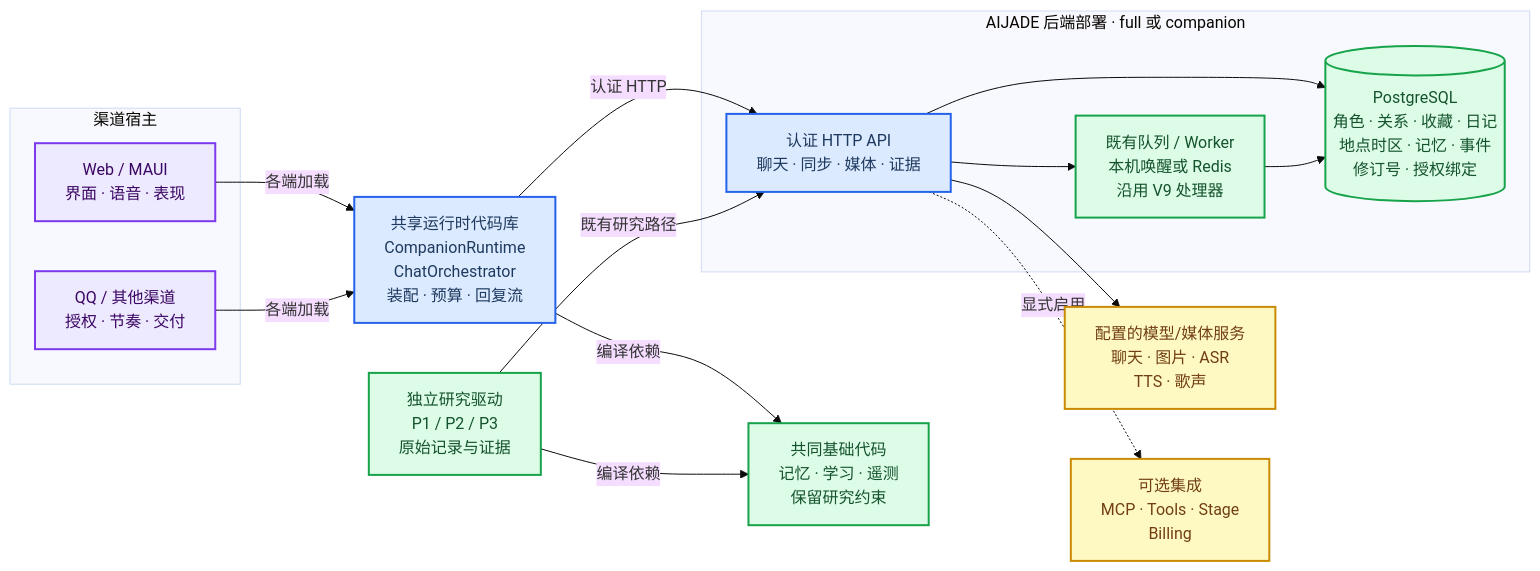
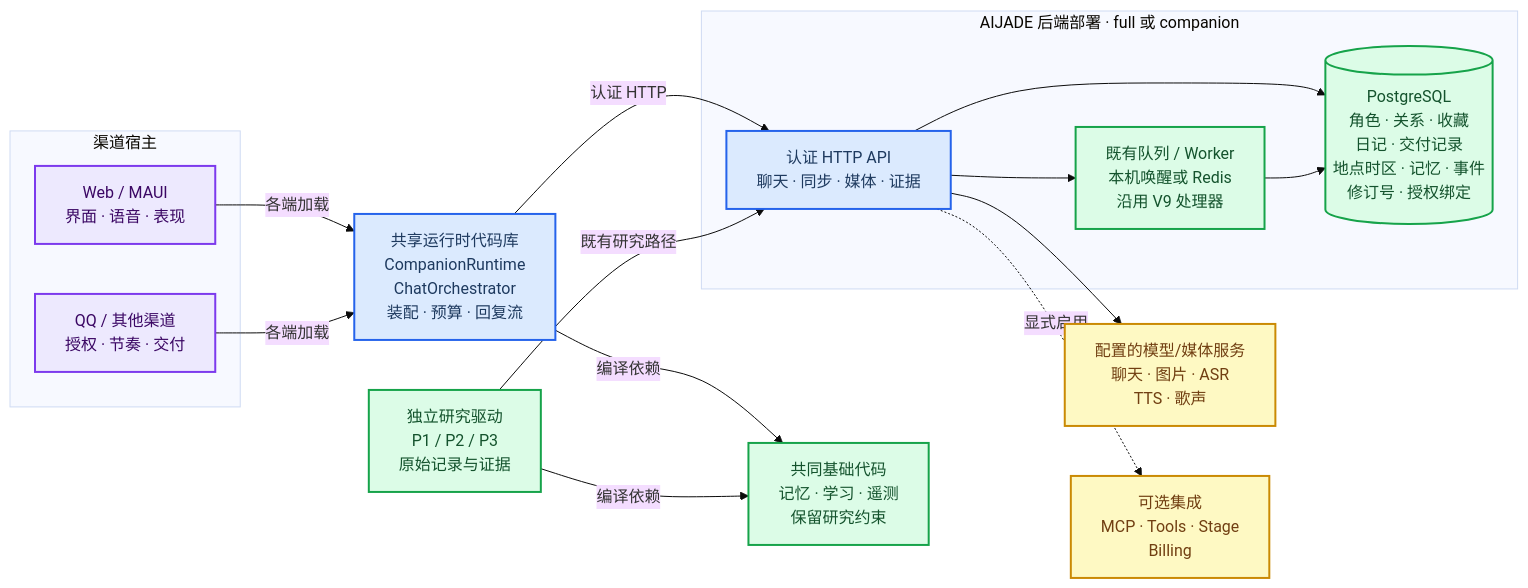
One commit to korose523/AIJADE changed the first of 3 diagrams in docs/ARCHITECTURE.md. Above: the diagram before and after it, drawn with Mermaid (base theme). The commit also changed other lines of this file and 52 other files, not shown here.

````diff
--- a/docs/ARCHITECTURE.md
+++ b/docs/ARCHITECTURE.md
@@ -10,38 +10,38 @@
 ```mermaid
 flowchart LR
     accTitle: AIJADE implemented system architecture
     accDescr: Web and bot hosts reuse a shared in-process companion library, call an authenticated server and retain a separate research apparatus. Dashed edges indicate configurable optional integrations.
     subgraph channel_hosts["渠道宿主"]
         web_apps["Web / MAUI<br/>界面 · 语音 · 表现"]
         chat_bots["QQ / 其他渠道<br/>授权 · 节奏 · 交付"]
     end
     companion_runtime["共享运行时代码库<br/>CompanionRuntime<br/>ChatOrchestrator<br/>装配 · 预算 · 回复流"]
     foundation["共同基础代码<br/>记忆 · 学习 · 遥测<br/>保留研究约束"]
     subgraph server_host["AIJADE 后端部署 · full 或 companion"]
         core_api["认证 HTTP API<br/>聊天 · 同步 · 媒体 · 证据"]
-        state_store[("PostgreSQL<br/>角色 · 关系 · 收藏 · 日记<br/>地点时区 · 记忆 · 事件<br/>修订号 · 授权绑定")]
+        state_store[("PostgreSQL<br/>角色 · 关系 · 收藏<br/>日记 · 交付记录<br/>地点时区 · 记忆 · 事件<br/>修订号 · 授权绑定")]
         event_worker["既有队列 / Worker<br/>本机唤醒或 Redis<br/>沿用 V9 处理器"]
     end
     model_services["配置的模型/媒体服务<br/>聊天 · 图片 · ASR<br/>TTS · 歌声"]
     optional_integrations["可选集成<br/>MCP · Tools · Stage<br/>Billing"]
     research_drivers["独立研究驱动<br/>P1 / P2 / P3<br/>原始记录与证据"]
     web_apps -->|"各端加载"| companion_runtime
     chat_bots -->|"各端加载"| companion_runtime
     companion_runtime -->|"认证 HTTP"| core_api
     companion_runtime -->|"编译依赖"| foundation
     core_api --> state_store
     core_api --> event_worker
     event_worker --> state_store
     core_api --> model_services
     core_api -.->|"显式启用"| optional_integrations
     research_drivers -->|"既有研究路径"| core_api
     research_drivers -->|"编译依赖"| foundation
     classDef host fill:#ede9fe,stroke:#7c3aed,stroke-width:2px,color:#3b0764
     classDef core fill:#dbeafe,stroke:#2563eb,stroke-width:2px,color:#1e3a5f
     classDef data fill:#dcfce7,stroke:#16a34a,stroke-width:2px,color:#14532d
     classDef optional fill:#fef9c3,stroke:#ca8a04,stroke-width:2px,color:#713f12
     class web_apps,chat_bots host
     class companion_runtime,core_api core
     class foundation,state_store,event_worker,research_drivers data
     class model_services,optional_integrations optional
 ```
````
